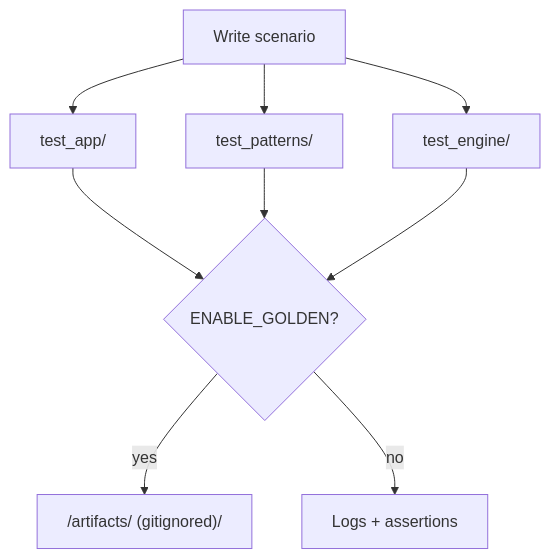
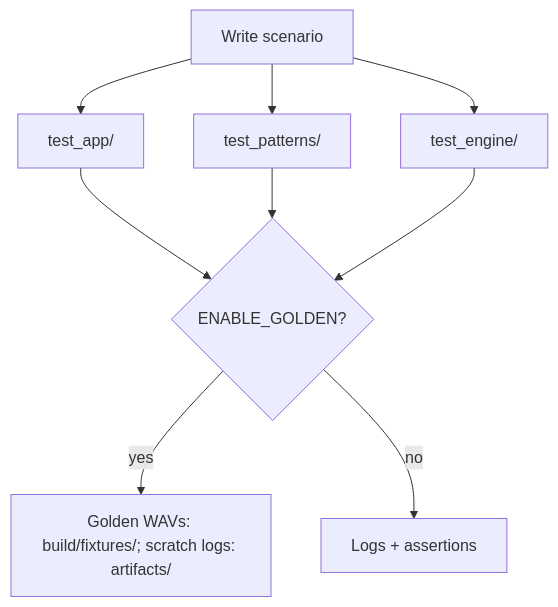
The diagram in tests/README.md (bseverns/seedBox), drawn with Mermaid before and after one commit. The commit also changed other lines of this file and 23 other files, not shown here.

````diff
--- a/tests/README.md
+++ b/tests/README.md
@@ -13,11 +13,11 @@
 ```mermaid
 flowchart TD
   Start[Write scenario] --> Cases[test_app/]
   Start --> Patterns[test_patterns/]
   Start --> Engines[test_engine/]
   Cases --> Golden{ENABLE_GOLDEN?}
   Patterns --> Golden
   Engines --> Golden
-  Golden -->|yes| Artifacts["/artifacts/ (gitignored)/"]
+  Golden -->|yes| Artifacts["Golden WAVs: build/fixtures/; scratch logs: artifacts/"]
   Golden -->|no| Console["Logs + assertions"]
 ```
````
